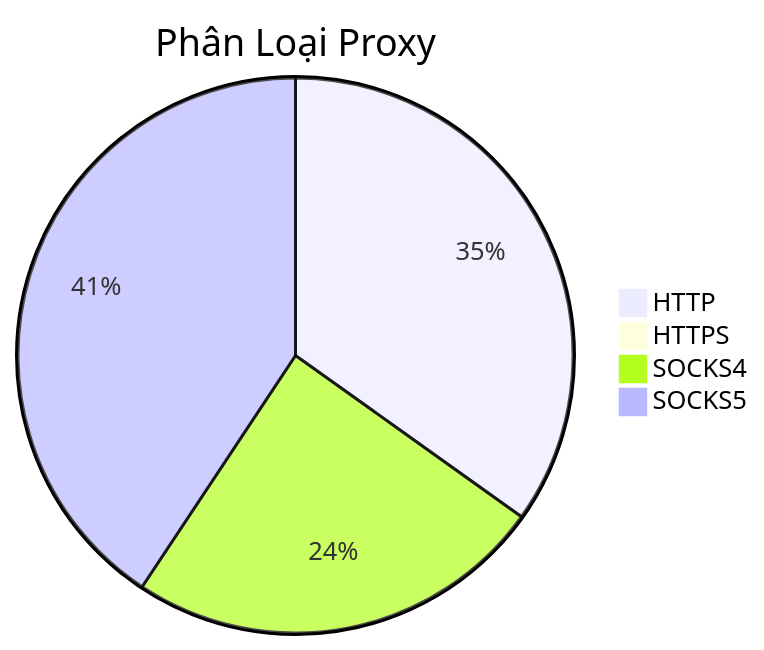
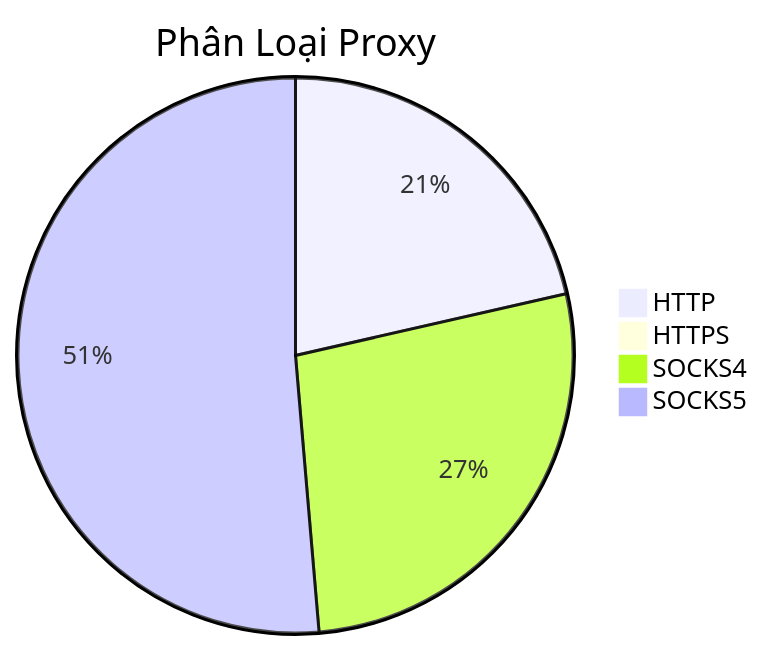
The diagram in README.md (Ciara-12/PROXY-free), drawn with Mermaid before and after one commit. The commit also changed other lines of this file and 4 other files, not shown here.

````diff
--- a/README.md
+++ b/README.md
@@ -26,7 +26,7 @@
 ```mermaid
 pie title Phân Loại Proxy
-    "HTTP" : 623
+    "HTTP" : 285
     "HTTPS" : 1
-    "SOCKS4" : 437
-    "SOCKS5" : 727
+    "SOCKS4" : 362
+    "SOCKS5" : 683
 ```
````
